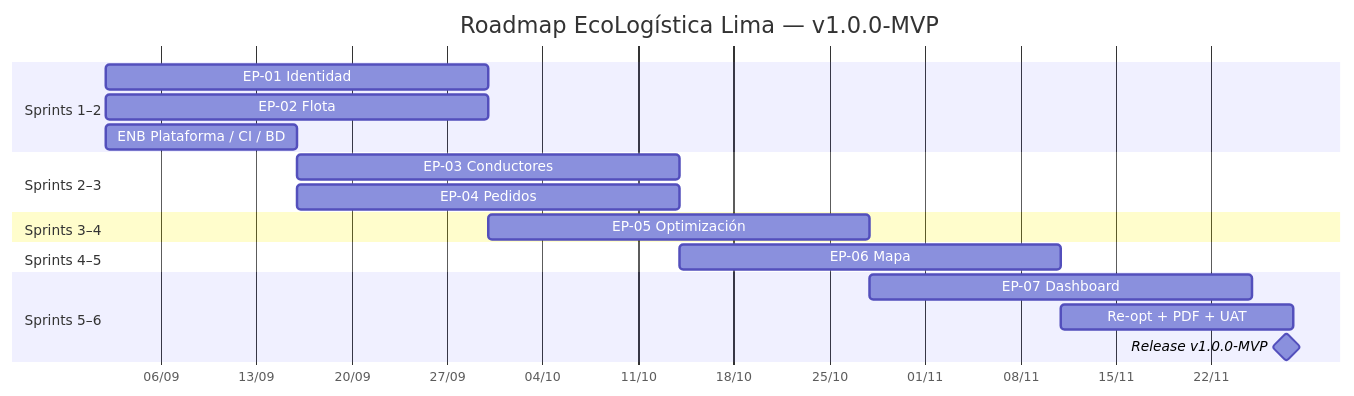
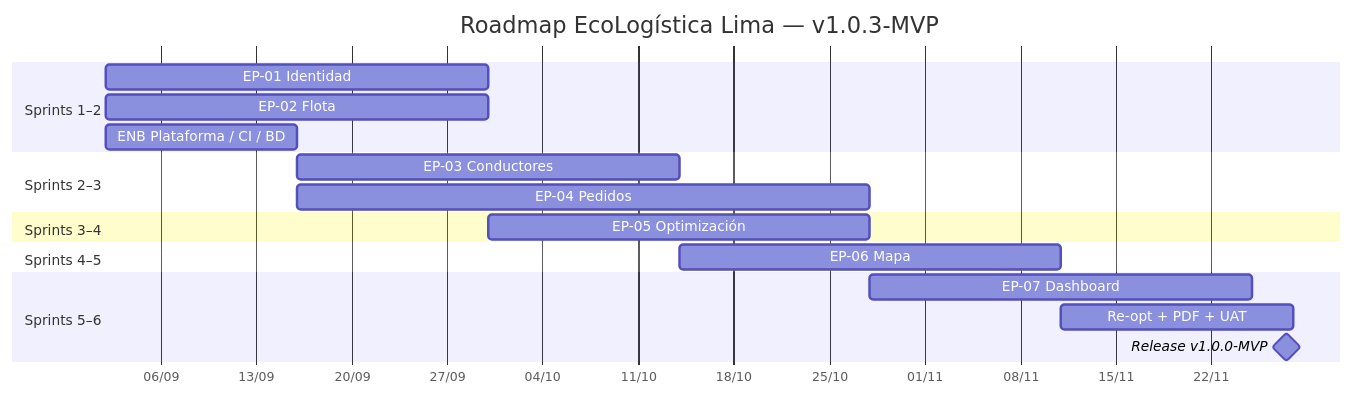
Before and after one commit to AxlTech25/PFA-taller: the second of 3 diagrams in docs/02 Planificación/02 Artefactos Jira V_1_0_2.md, drawn with Mermaid. The commit also changed other lines of this file, not shown here.

````diff
--- a/docs/02 Planificación/02 Artefactos Jira V_1_0_2.md
+++ b/docs/02 Planificación/02 Artefactos Jira V_1_0_2.md
@@ -83,21 +83,21 @@
 ```mermaid
 gantt
-    title Roadmap EcoLogística Lima — v1.0.0-MVP
+    title Roadmap EcoLogística Lima — v1.0.3-MVP
     dateFormat YYYY-MM-DD
     axisFormat %d/%m
     section Sprints 1–2
     EP-01 Identidad          :epic1, 2026-09-02, 28d
     EP-02 Flota              :epic2, 2026-09-02, 28d
     ENB Plataforma / CI / BD :plat, 2026-09-02, 14d
     section Sprints 2–3
     EP-03 Conductores        :epic3, 2026-09-16, 28d
-    EP-04 Pedidos            :epic4, 2026-09-16, 28d
+    EP-04 Pedidos            :epic4, 2026-09-16, 42d
     section Sprints 3–4
     EP-05 Optimización       :epic5, 2026-09-30, 28d
     section Sprints 4–5
     EP-06 Mapa               :epic6, 2026-10-14, 28d
     section Sprints 5–6
     EP-07 Dashboard          :epic7, 2026-10-28, 28d
     Re-opt + PDF + UAT       :cierre, 2026-11-11, 17d
     Release v1.0.0-MVP       :milestone, 2026-11-27, 1d
 ```
````
